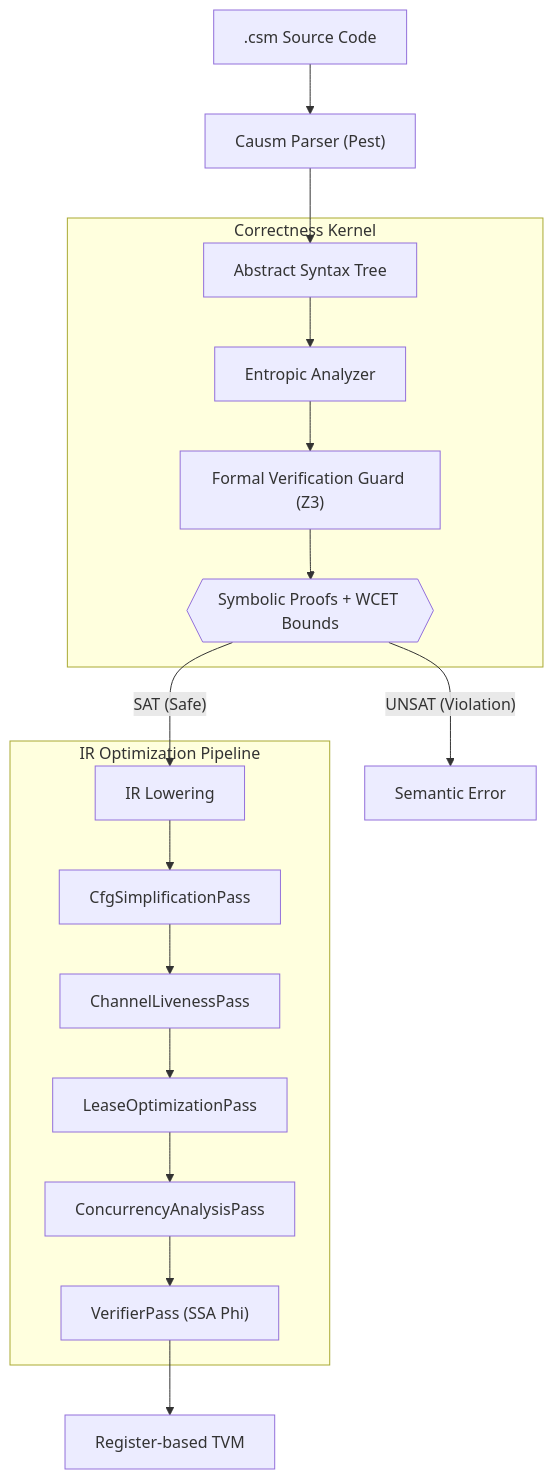
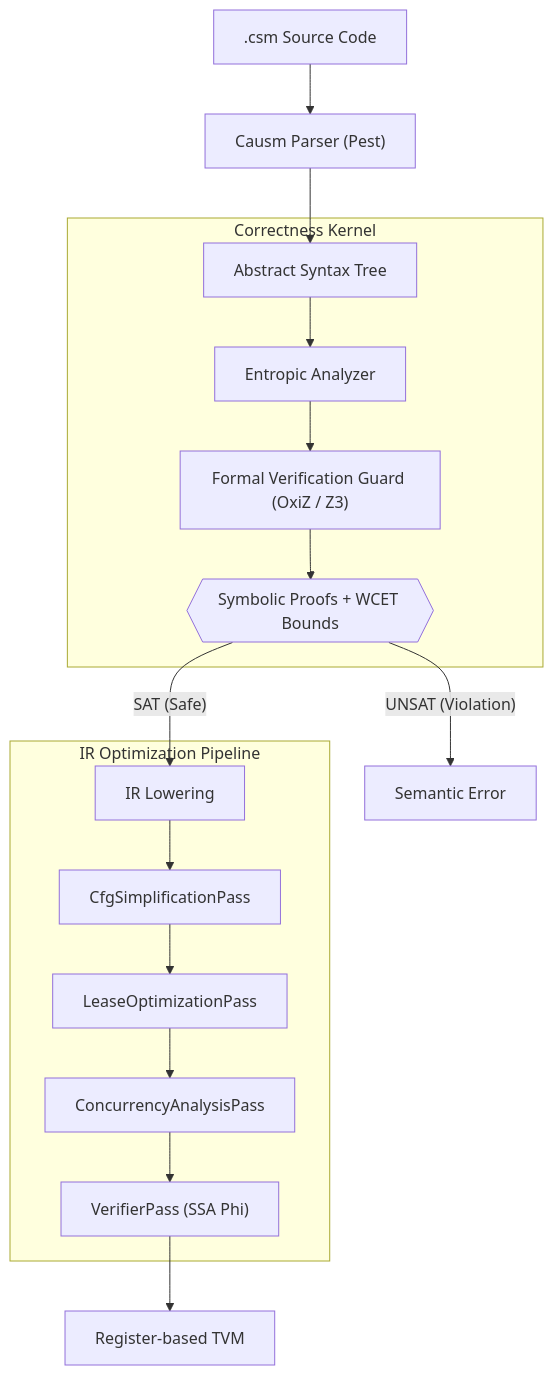
The diagram in README.md (SSL-ACTX/Causm), drawn with Mermaid before and after one commit. The commit also changed other lines of this file and 9 other files, not shown here.

````diff
--- a/README.md
+++ b/README.md
@@ -31,24 +31,23 @@
 ```mermaid
 graph TD
     Source[".csm Source Code"] --> Parser["Causm Parser (Pest)"]
     Parser --> AST["Abstract Syntax Tree"]
 
     subgraph "Correctness Kernel"
         AST --> Analyzer["Entropic Analyzer"]
-        Analyzer --> Z3Guard["Formal Verification Guard (Z3)"]
-        Z3Guard --> Proofs{{"Symbolic Proofs + WCET Bounds"}}
+        Analyzer --> SMTGuard["Formal Verification Guard (OxiZ / Z3)"]
+        SMTGuard --> Proofs{{"Symbolic Proofs + WCET Bounds"}}
     end
 
     Proofs -- "UNSAT (Violation)" --> Error["Semantic Error"]
     Proofs -- "SAT (Safe)" --> Lowering["IR Lowering"]
 
     subgraph "IR Optimization Pipeline"
         Lowering --> CfgSimp["CfgSimplificationPass"]
-        CfgSimp --> ChanLive["ChannelLivenessPass"]
-        ChanLive --> LeaseOpt["LeaseOptimizationPass"]
+        CfgSimp --> LeaseOpt["LeaseOptimizationPass"]
         LeaseOpt --> ConcurAn["ConcurrencyAnalysisPass"]
         ConcurAn --> Verifier["VerifierPass (SSA Phi)"]
     end
 
     Verifier --> TVM["Register-based TVM"]
 ```
````
